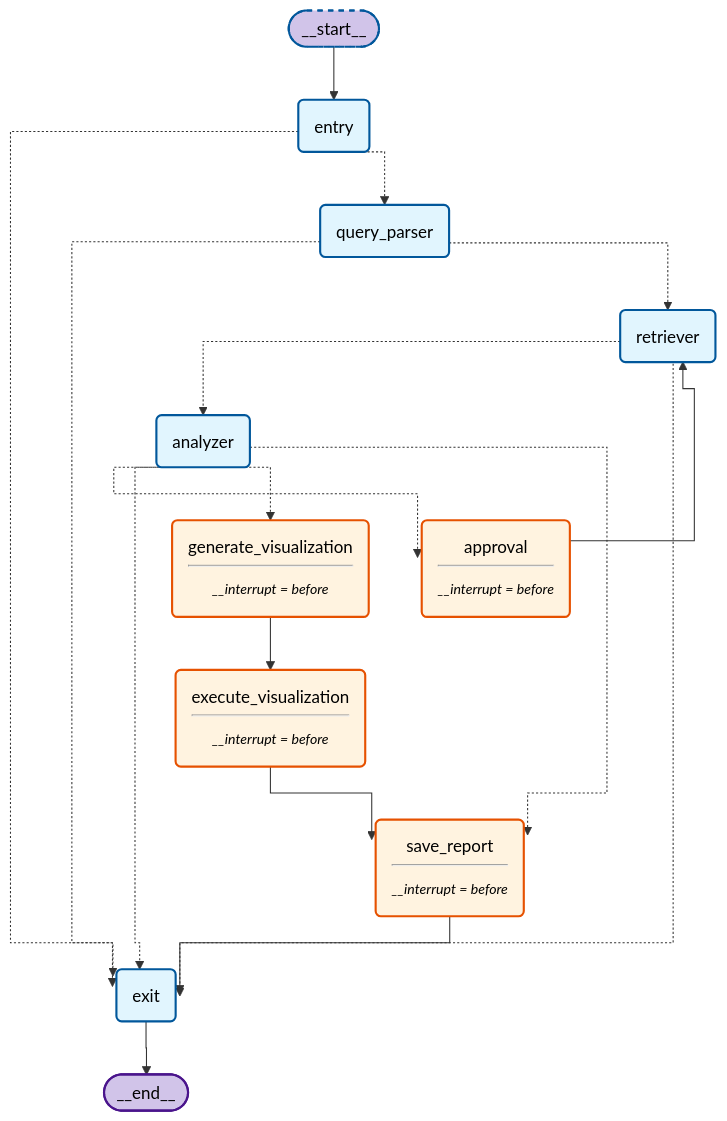
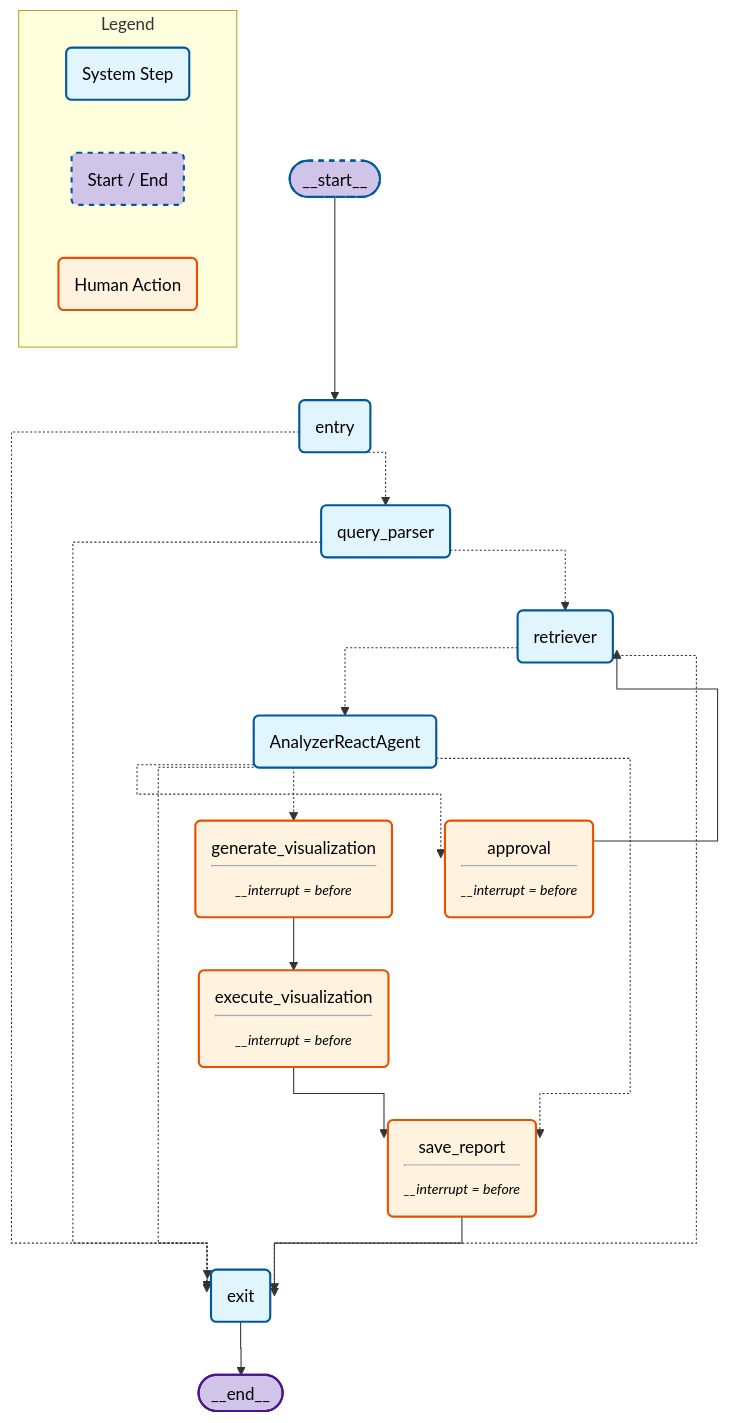
The diagram in README.md (maxo99/sportsagent), drawn with Mermaid before and after one commit. The commit also changed other lines of this file and 16 other files, not shown here.

````diff
--- a/README.md
+++ b/README.md
@@ -68,44 +68,51 @@
 ```mermaid
 ---
 config:
   flowchart:
     curve: stepAfter
 fontFamily: Arial
 look: handDrawn
 theme: neutral
 ---
 graph TD;
  __start__([<p>__start__</p>]):::first
  entry(entry)
  exit(exit)
  query_parser(query_parser)
  retriever(retriever)
- analyzer(analyzer)
+ AnalyzerReactAgent(AnalyzerReactAgent)
  generate_visualization(generate_visualization<hr/><small><em>__interrupt = before</em></small>):::hitl
  execute_visualization(execute_visualization<hr/><small><em>__interrupt = before</em></small>):::hitl
  save_report(save_report<hr/><small><em>__interrupt = before</em></small>):::hitl
  approval(approval<hr/><small><em>__interrupt = before</em></small>):::hitl
  __end__([<p>__end__</p>]):::last
+ AnalyzerReactAgent -.-> approval;
+ AnalyzerReactAgent -.-> exit;
+ AnalyzerReactAgent -.-> generate_visualization;
+ AnalyzerReactAgent -.-> save_report;
  __start__ --> entry;
- analyzer -.-> approval;
- analyzer -.-> exit;
- analyzer -.-> generate_visualization;
- analyzer -.-> save_report;
  approval --> retriever;
  entry -.-> exit;
  entry -.-> query_parser;
  execute_visualization --> save_report;
  generate_visualization --> execute_visualization;
  query_parser -.-> exit;
  query_parser -.-> retriever;
- retriever -.-> analyzer;
+ retriever -.-> AnalyzerReactAgent;
  retriever -.-> exit;
  save_report --> exit;
  exit --> __end__;
  classDef default fill:#E1F5FE,stroke:#01579B,stroke-width:2px,color:#000000,line-height:1.2
  classDef first fill:#D1C4E9,stroke-dasharray: 5 5,color:#000000
  classDef last fill:#D1C4E9,stroke:#4A148C,stroke-width:2px,color:#000000
 
  classDef hitl fill:#FFF3E0,stroke:#E65100,stroke-width:2px,color:#000000
 
+    subgraph Legend
+        direction LR
+        L1(System Step):::default
+        L2(Start / End):::first
+        L3(Human Action):::hitl
+    end
+
 ```
````
